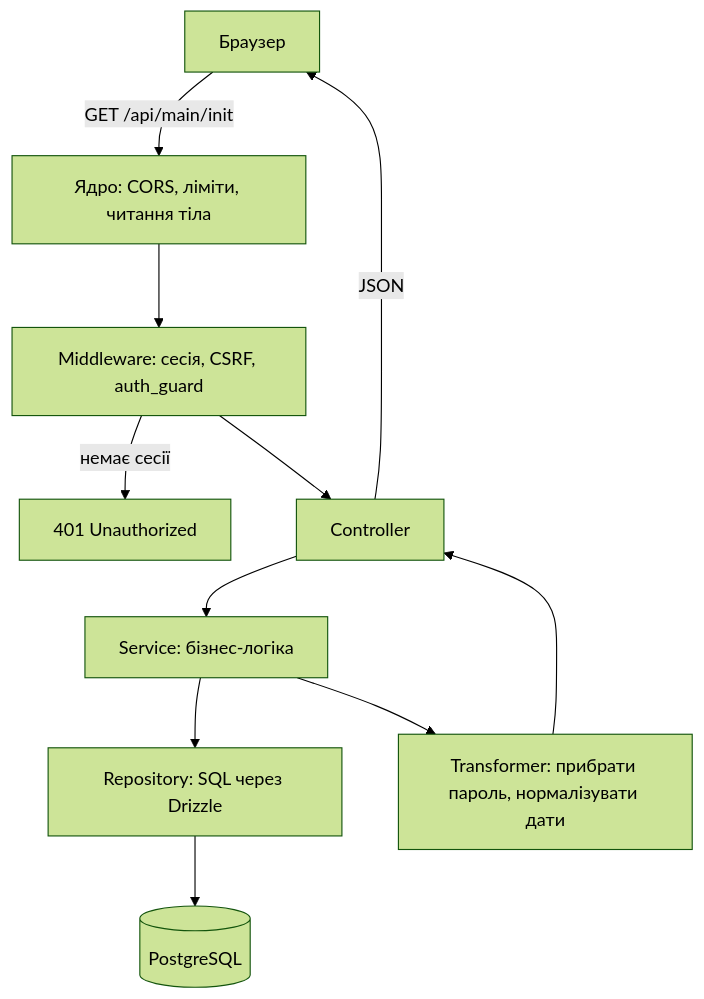
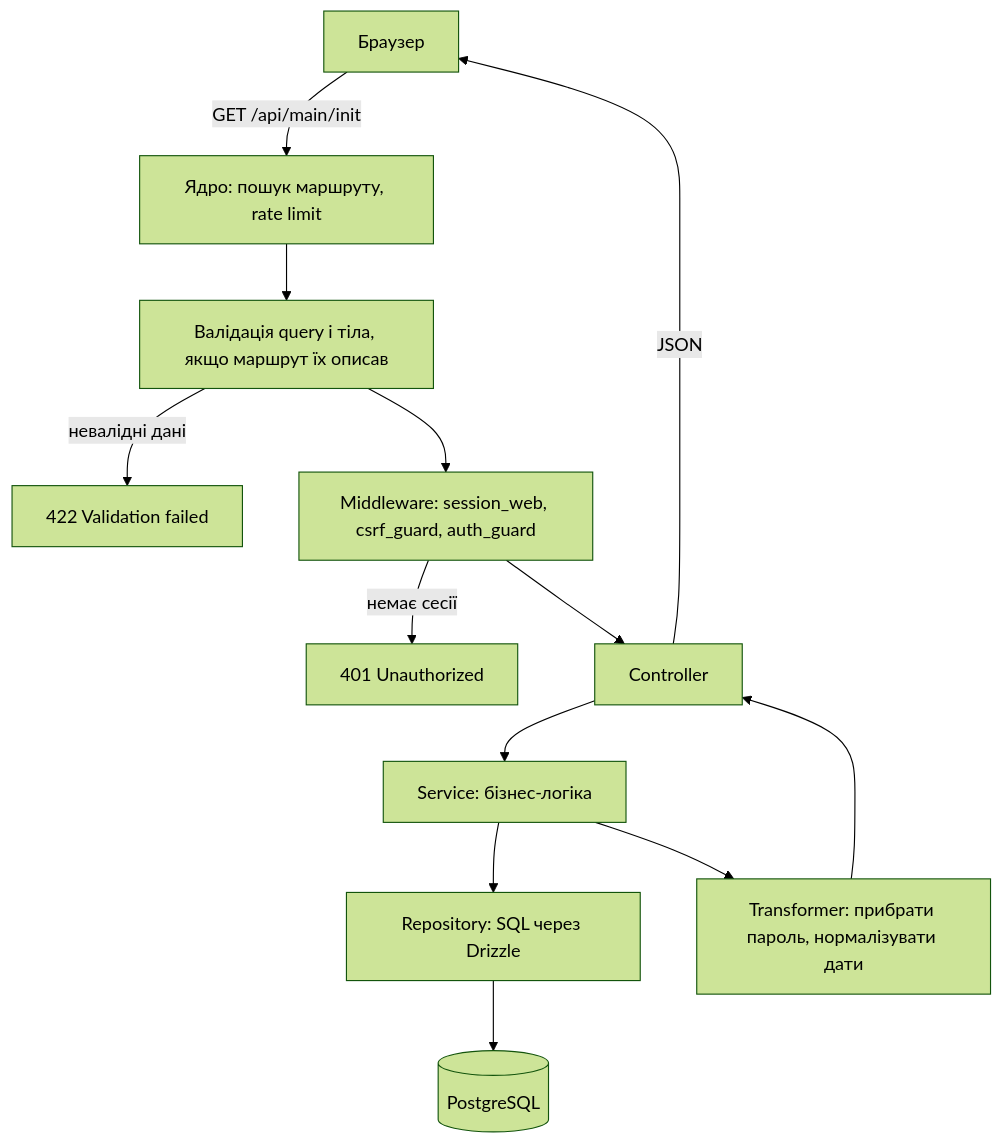
The diagram in documentation/guide/how-backend-works.md (Blazheiko/itvibe-template), drawn with Mermaid (forest theme) before and after one commit. The commit also changed other lines of this file and 3 other files, not shown here.

````diff
--- a/documentation/guide/how-backend-works.md
+++ b/documentation/guide/how-backend-works.md
@@ -24,13 +24,15 @@
 ```mermaid
 flowchart TD
-  A[Браузер] -->|GET /api/main/init| B[Ядро: CORS, ліміти, читання тіла]
-  B --> C[Middleware: сесія, CSRF, auth_guard]
+  A[Браузер] -->|GET /api/main/init| B[Ядро: пошук маршруту, rate limit]
+  B --> V[Валідація query і тіла, якщо маршрут їх описав]
+  V -->|невалідні дані| Y[422 Validation failed]
+  V --> C[Middleware: session_web, csrf_guard, auth_guard]
   C -->|немає сесії| X[401 Unauthorized]
   C --> D[Controller]
   D --> E[Service: бізнес-логіка]
   E --> F[Repository: SQL через Drizzle]
   F --> G[(PostgreSQL)]
   E --> H[Transformer: прибрати пароль, нормалізувати дати]
   H --> D
   D -->|JSON| A
 ```
````
